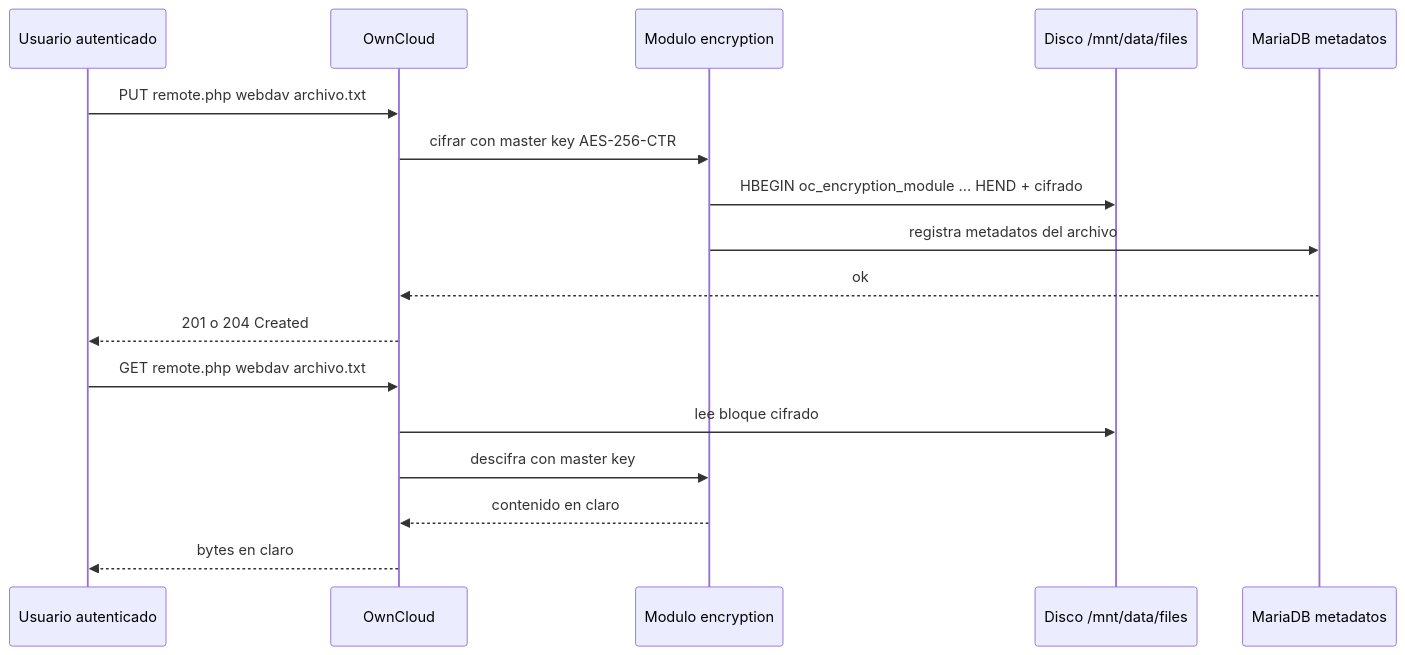
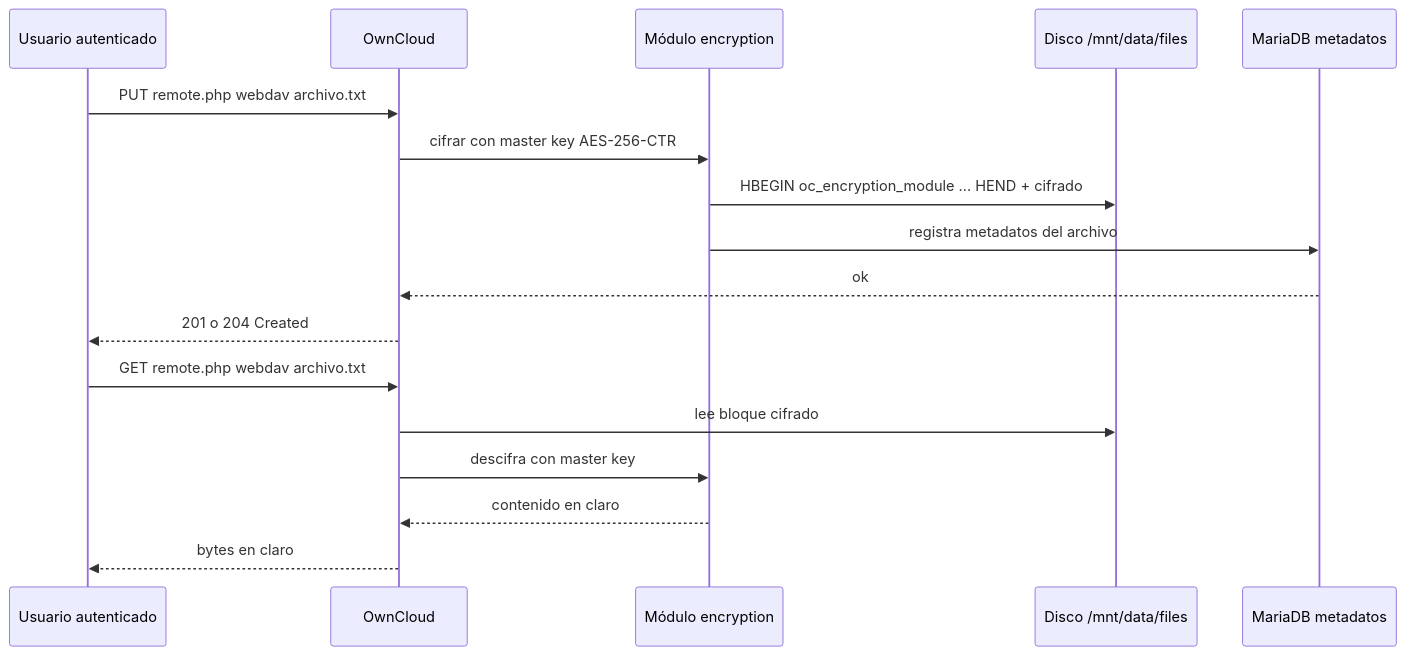
The first of 2 diagrams in docs/memoria-tecnica.md (chochy2001/otp-secured-cloud), drawn with Mermaid before and after one commit. The commit also changed other lines of this file and 5 other files, not shown here.

````diff
--- a/docs/memoria-tecnica.md
+++ b/docs/memoria-tecnica.md
@@ -132,21 +132,21 @@
 ```mermaid
 sequenceDiagram
   participant U as Usuario autenticado
   participant OC as OwnCloud
-  participant ENC as Modulo encryption
+  participant ENC as Módulo encryption
   participant FS as Disco /mnt/data/files
   participant DB as MariaDB metadatos
 
   U->>OC: PUT remote.php webdav archivo.txt
   OC->>ENC: cifrar con master key AES-256-CTR
   ENC->>FS: HBEGIN oc_encryption_module ... HEND + cifrado
   ENC->>DB: registra metadatos del archivo
   DB-->>OC: ok
   OC-->>U: 201 o 204 Created
 
   U->>OC: GET remote.php webdav archivo.txt
   OC->>FS: lee bloque cifrado
   OC->>ENC: descifra con master key
   ENC-->>OC: contenido en claro
   OC-->>U: bytes en claro
 ```
````
